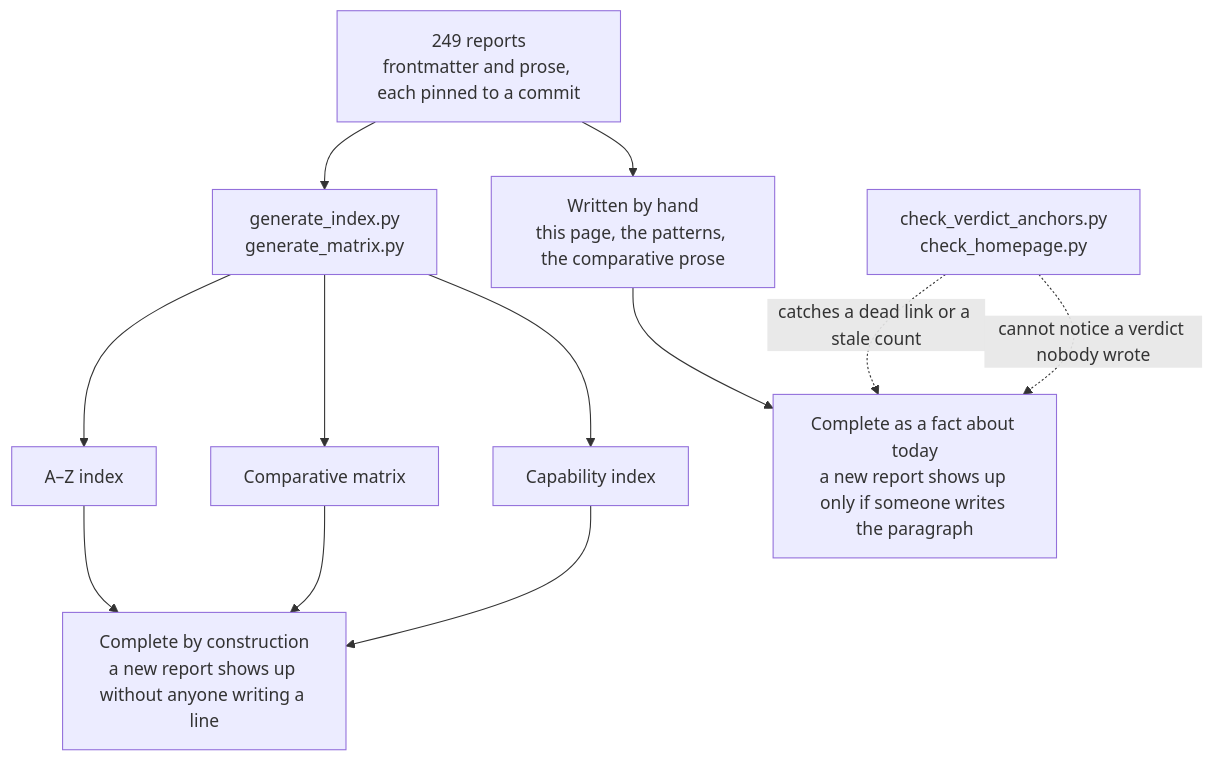
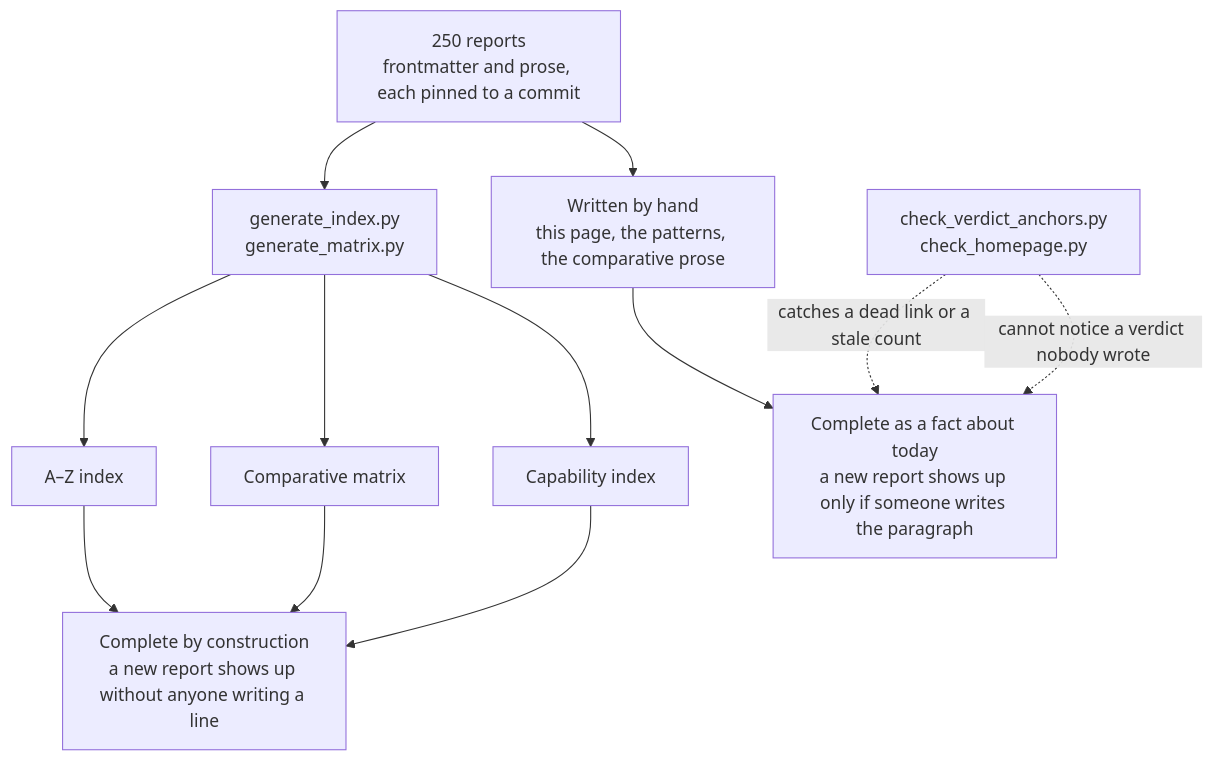
The diagram in content/verdicts.md (neoneye/agent-memory-atlas), drawn with Mermaid before and after one commit. The commit also changed other lines of this file and 21 other files, not shown here.

````diff
--- a/content/verdicts.md
+++ b/content/verdicts.md
@@ -40,15 +40,15 @@
 ```mermaid
 flowchart TD
-    R["249 reports<br/>frontmatter and prose, each pinned to a commit"]
+    R["250 reports<br/>frontmatter and prose, each pinned to a commit"]
     R --> GEN["generate_index.py<br/>generate_matrix.py"]
     R --> HAND["Written by hand<br/>this page, the patterns, the comparative prose"]
     GEN --> AZ["A–Z index"]
     GEN --> MX["Comparative matrix"]
     GEN --> CI["Capability index"]
     AZ --> CONST["Complete by construction<br/>a new report shows up without anyone writing a line"]
     MX --> CONST
     CI --> CONST
     HAND --> TODAY["Complete as a fact about today<br/>a new report shows up only if someone writes the paragraph"]
     CHK["check_verdict_anchors.py<br/>check_homepage.py"] -.->|"catches a dead link or a stale count"| TODAY
     CHK -.->|"cannot notice a verdict nobody wrote"| TODAY
 ```
````
